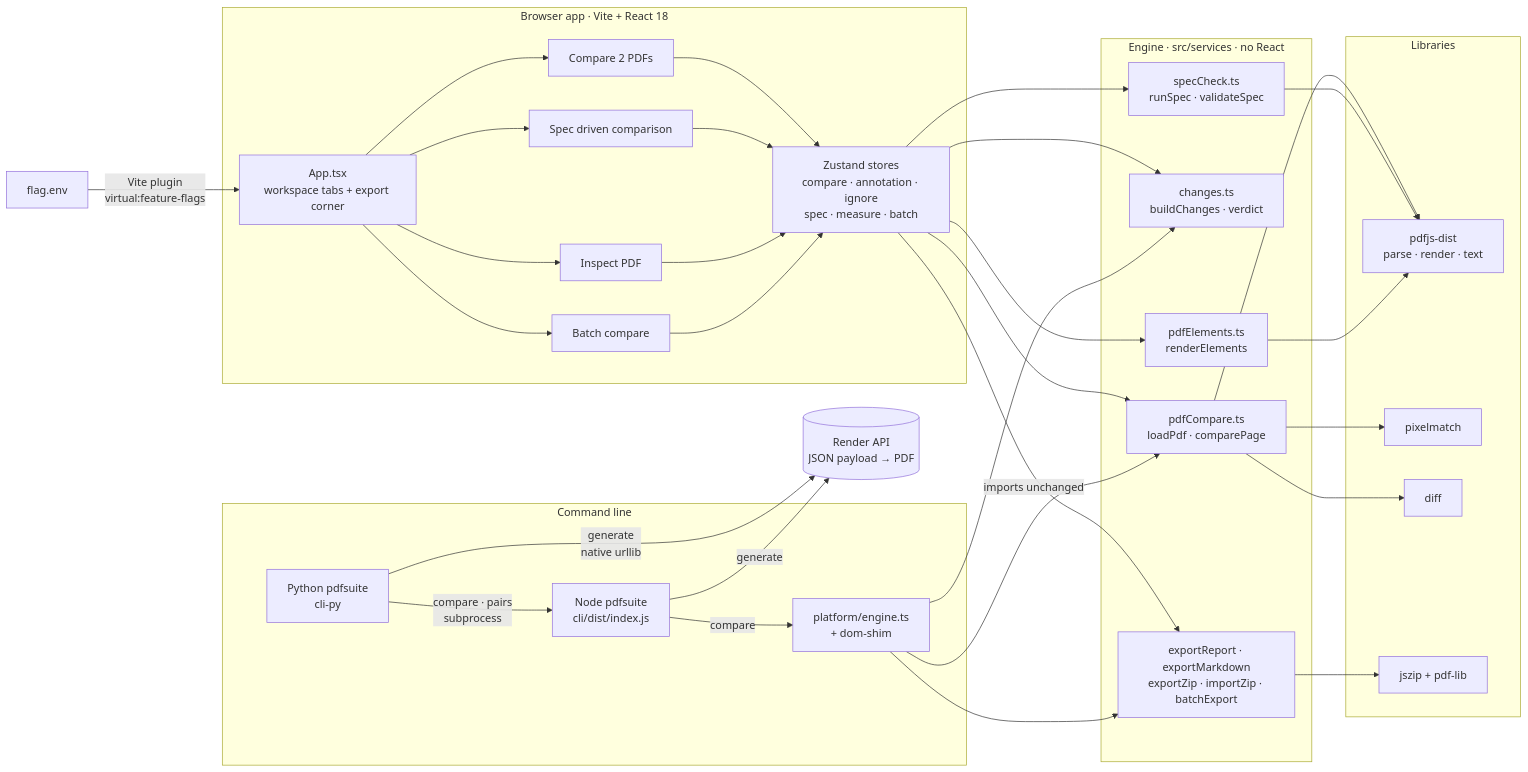
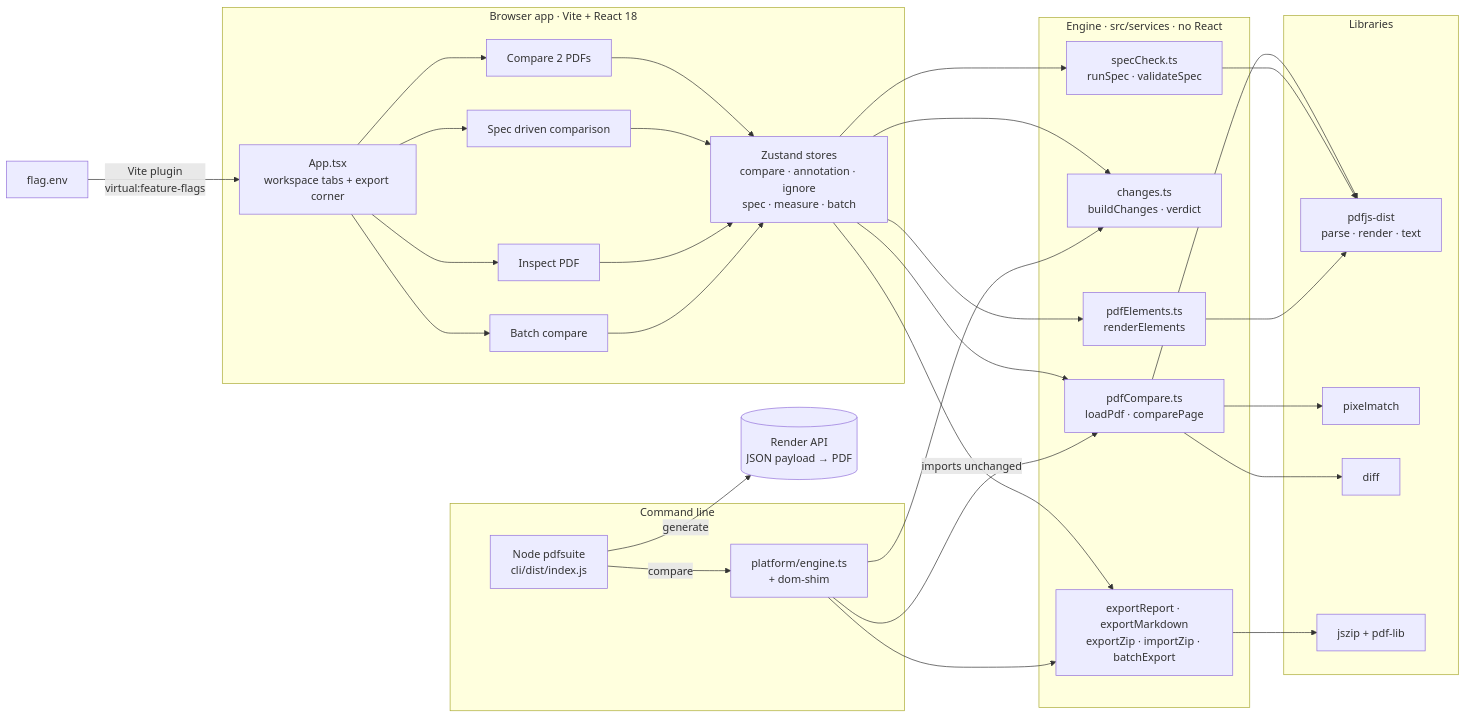
The first of 17 diagrams in docs/ARCHITECTURE.md (arpitarya/pdf-testing-suite), drawn with Mermaid before and after one commit. The commit also changed other lines of this file and 31 other files, not shown here.

First line of the commit message:
W-03: remove the Python CLI (cli-py/)

````diff
--- a/docs/ARCHITECTURE.md
+++ b/docs/ARCHITECTURE.md
@@ -33,44 +33,41 @@
 ```mermaid
 flowchart LR
   subgraph BROWSER["Browser app · Vite + React 18"]
     SHELL["App.tsx<br/>workspace tabs + export corner"]
     WS1["Compare 2 PDFs"]
     WS2["Spec driven comparison"]
     WS3["Inspect PDF"]
     WS4["Batch compare"]
     STORES["Zustand stores<br/>compare · annotation · ignore<br/>spec · measure · batch"]
     SHELL --> WS1 & WS2 & WS3 & WS4
     WS1 & WS2 & WS3 & WS4 --> STORES
   end
   subgraph ENGINE["Engine · src/services · no React"]
     CMPS["pdfCompare.ts<br/>loadPdf · comparePage"]
     CHG["changes.ts<br/>buildChanges · verdict"]
     SPC["specCheck.ts<br/>runSpec · validateSpec"]
     ELM["pdfElements.ts<br/>renderElements"]
     EXP["exportReport · exportMarkdown<br/>exportZip · importZip · batchExport"]
   end
   subgraph LIBS["Libraries"]
     PDFJS["pdfjs-dist<br/>parse · render · text"]
     PXM["pixelmatch"]
     DIF["diff"]
     ZL["jszip + pdf-lib"]
   end
   FLAGS["flag.env"] -->|"Vite plugin<br/>virtual:feature-flags"| SHELL
   STORES --> CMPS & CHG & SPC & ELM & EXP
   CMPS --> PDFJS & PXM & DIF
   SPC --> PDFJS
   ELM --> PDFJS
   EXP --> ZL
   subgraph CLIS["Command line"]
-    PY["Python pdfsuite<br/>cli-py"]
     NODE["Node pdfsuite<br/>cli/dist/index.js"]
     SEAM["platform/engine.ts<br/>+ dom-shim"]
   end
   API[("Render API<br/>JSON payload → PDF")]
-  PY -->|"compare · pairs<br/>subprocess"| NODE
-  PY -->|"generate<br/>native urllib"| API
   NODE -->|generate| API
   NODE -->|compare| SEAM
   SEAM -->|"imports unchanged"| CMPS
   SEAM --> CHG & EXP
 ```
````
